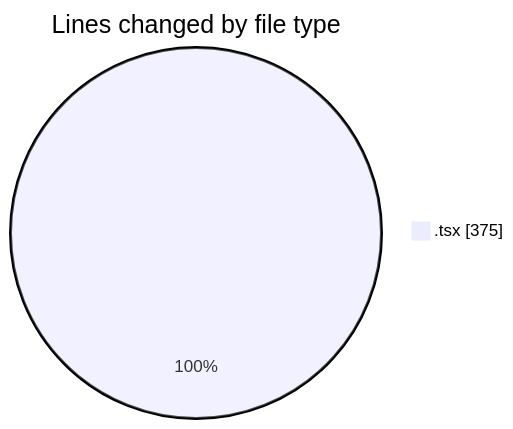
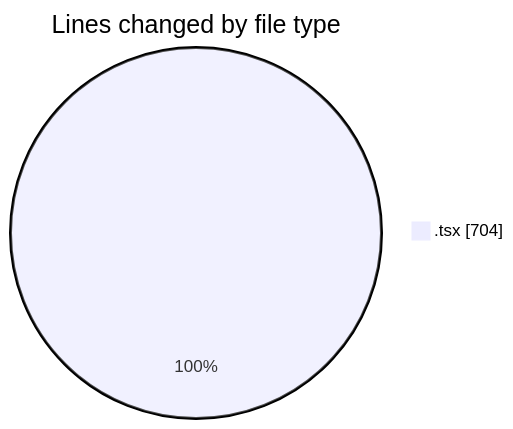
The first of 2 diagrams in 2026-07-15/nxtqube_webapp/README.md (nxtqubesakshisongat/code-tracking), drawn with Mermaid before and after one commit. The commit also changed other lines of this file and 1 other file, not shown here.

````diff
--- a/2026-07-15/nxtqube_webapp/README.md
+++ b/2026-07-15/nxtqube_webapp/README.md
@@ -20,5 +21,5 @@
 ```mermaid
 pie showData
 title Lines changed by file type
-".tsx" : 375
+".tsx" : 704
 ```
````
